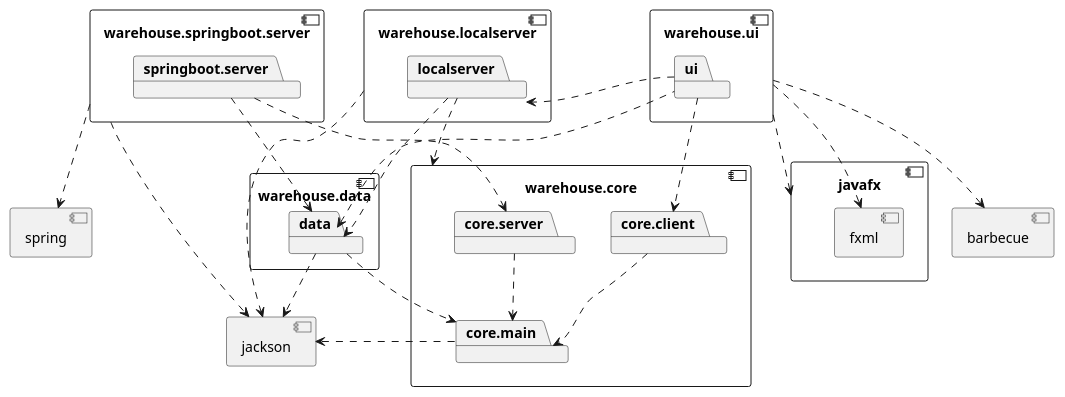
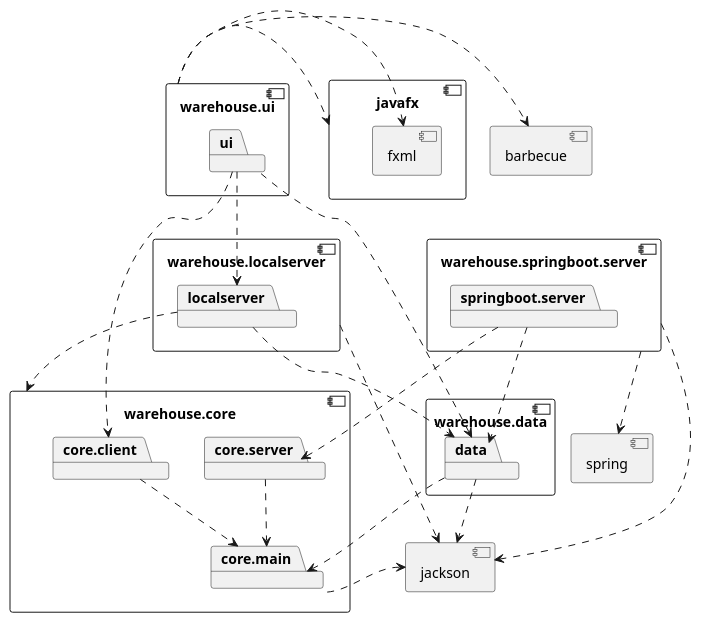
One commit to ollfkaih/warehouse changed the diagram in docs/resources/arkitektur.puml. Above: the diagram before and after it, drawn with PlantUML. The commit also changed 1 other file, not shown here.

Commit message:
Make architecture diagram more readable

```diff
--- a/docs/resources/arkitektur.puml
+++ b/docs/resources/arkitektur.puml
@@ -1,64 +1,64 @@
 @startuml warehouse module architecture
 
 component warehouse.core {
 	package core.main
 	package core.client
 	package core.server
 }
 
 component jackson {
 }
 
 component warehouse.ui {
 	package ui
 }
 
 component javafx {
 	component fxml {
 	}
 }
 
 component barbecue {
 }
 
 component warehouse.localserver {
   package localserver
 }
 
 component warehouse.data {
 	package data
 }
 
 component warehouse.springboot.server {
   package springboot.server
 }
 
 component spring {
 }
 
-warehouse.ui ..> javafx
-warehouse.ui ..> fxml
-warehouse.ui ..> barbecue
+warehouse.ui .> javafx
+warehouse.ui .> fxml
+warehouse.ui .> barbecue
 
-ui ..> core.client
+ui ...> core.client
 ui ..> localserver
 ui .left.> data
 
 core.client ..> core.main
 core.server ..> core.main
 core.main .left.> jackson
 
 warehouse.localserver ..> jackson
 localserver ..> warehouse.core
 localserver ..> data
 
 data ..> jackson
 data ..> core.main
 
 warehouse.springboot.server ..> spring
 warehouse.springboot.server ..> jackson
 
 springboot.server ..> core.server
 springboot.server ..> data
 
 @enduml
```
